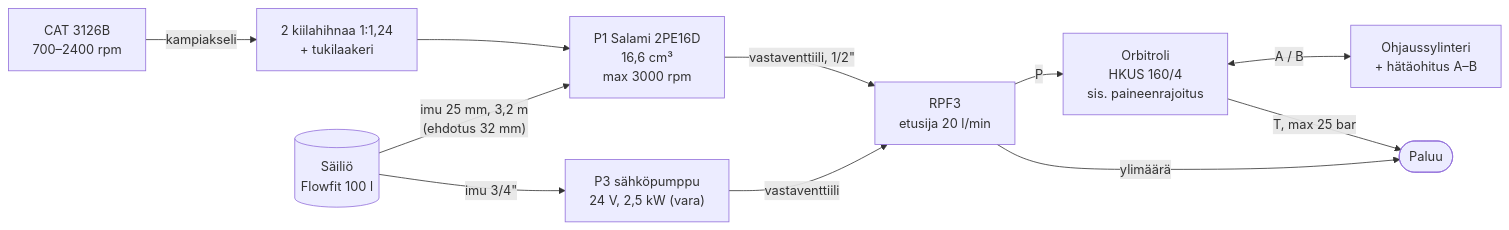
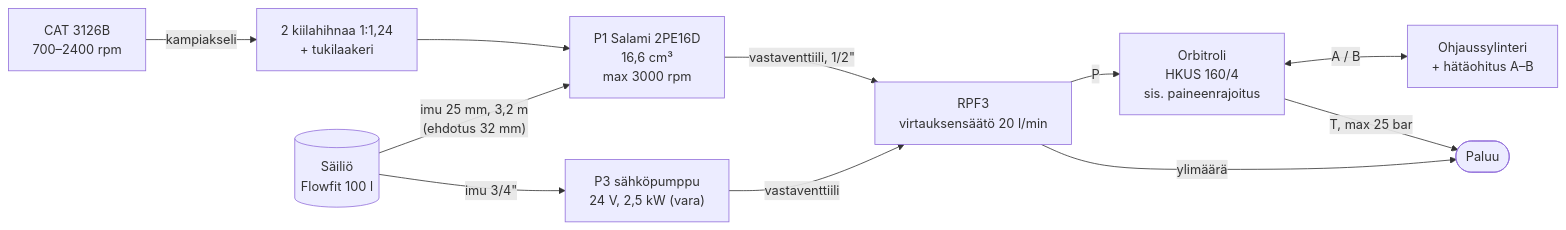
The first of 3 diagrams in hydraulics/schematic.md (plektra/vega-systems), drawn with Mermaid before and after one commit. The commit also changed other lines of this file and 5 other files, not shown here.

Commit message:
Add steering cylinder ZS60350100; rename RPF3 as 3-way flow control valve

````diff
--- a/hydraulics/schematic.md
+++ b/hydraulics/schematic.md
@@ -47,22 +47,22 @@
 ```mermaid
 flowchart LR
   ENG["CAT 3126B<br/>700–2400 rpm"]
   BELT["2 kiilahihnaa 1:1,24<br/>+ tukilaakeri"]
   TANK[("Säiliö<br/>Flowfit 100 l")]
   P1["P1 Salami 2PE16D<br/>16,6 cm³<br/>max 3000 rpm"]
-  RPF3["RPF3<br/>etusija 20 l/min"]
+  RPF3["RPF3<br/>virtauksensäätö 20 l/min"]
   ORB["Orbitroli<br/>HKUS 160/4<br/>sis. paineenrajoitus"]
   CYL["Ohjaussylinteri<br/>+ hätäohitus A–B"]
   P3["P3 sähköpumppu<br/>24 V, 2,5 kW (vara)"]
   RET(["Paluu"])
 
   ENG -->|kampiakseli| BELT --> P1
   TANK -->|"imu 25 mm, 3,2 m<br/>(ehdotus 32 mm)"| P1
   P1 -->|"vastaventtiili, 1/2#quot;"| RPF3 -->|P| ORB
   ORB <-->|A / B| CYL
   TANK -->|"imu 3/4#quot;"| P3
   P3 -->|vastaventtiili| RPF3
   RPF3 -->|ylimäärä| RET
   ORB -->|"T, max 25 bar"| RET
 
 ```
````
